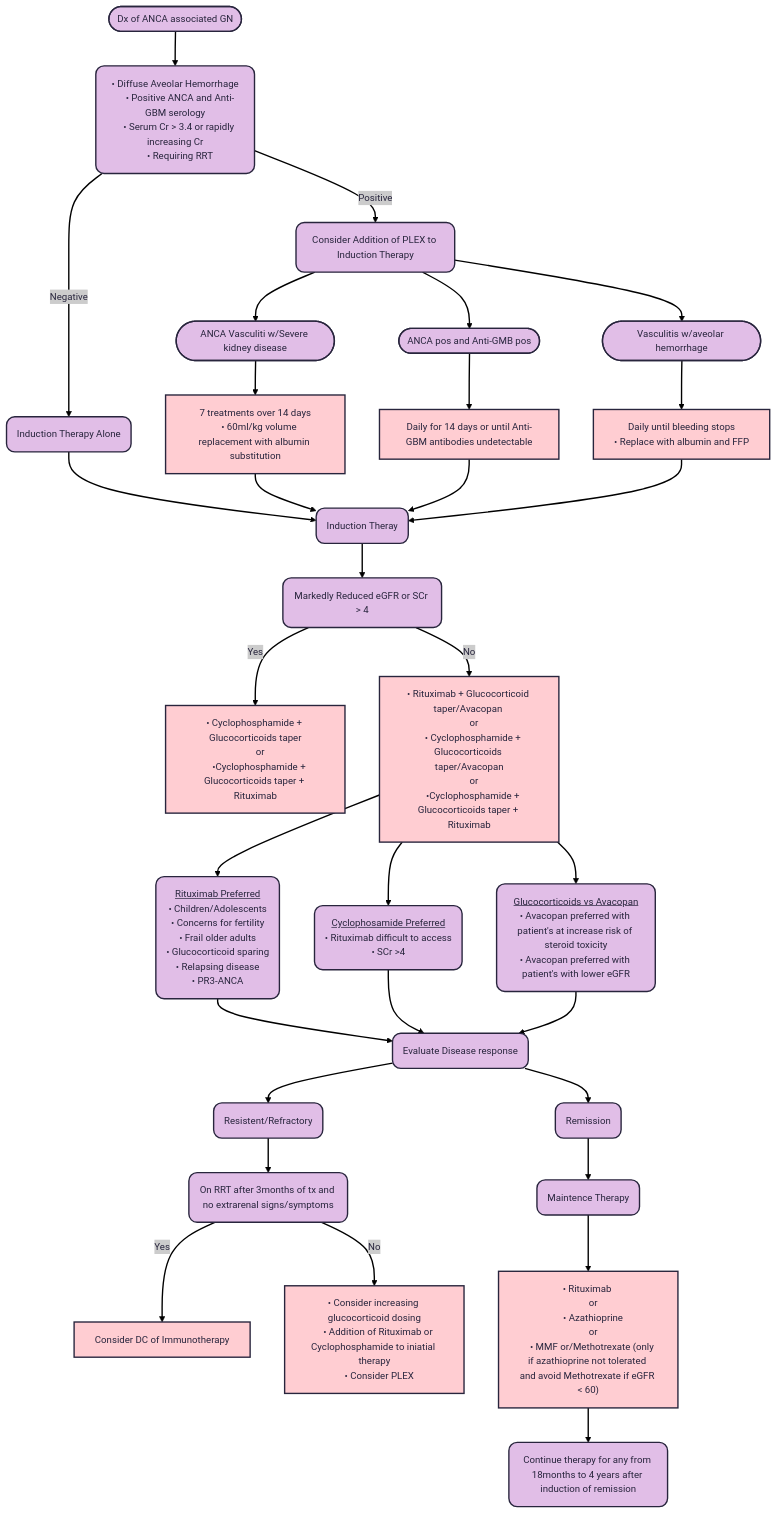
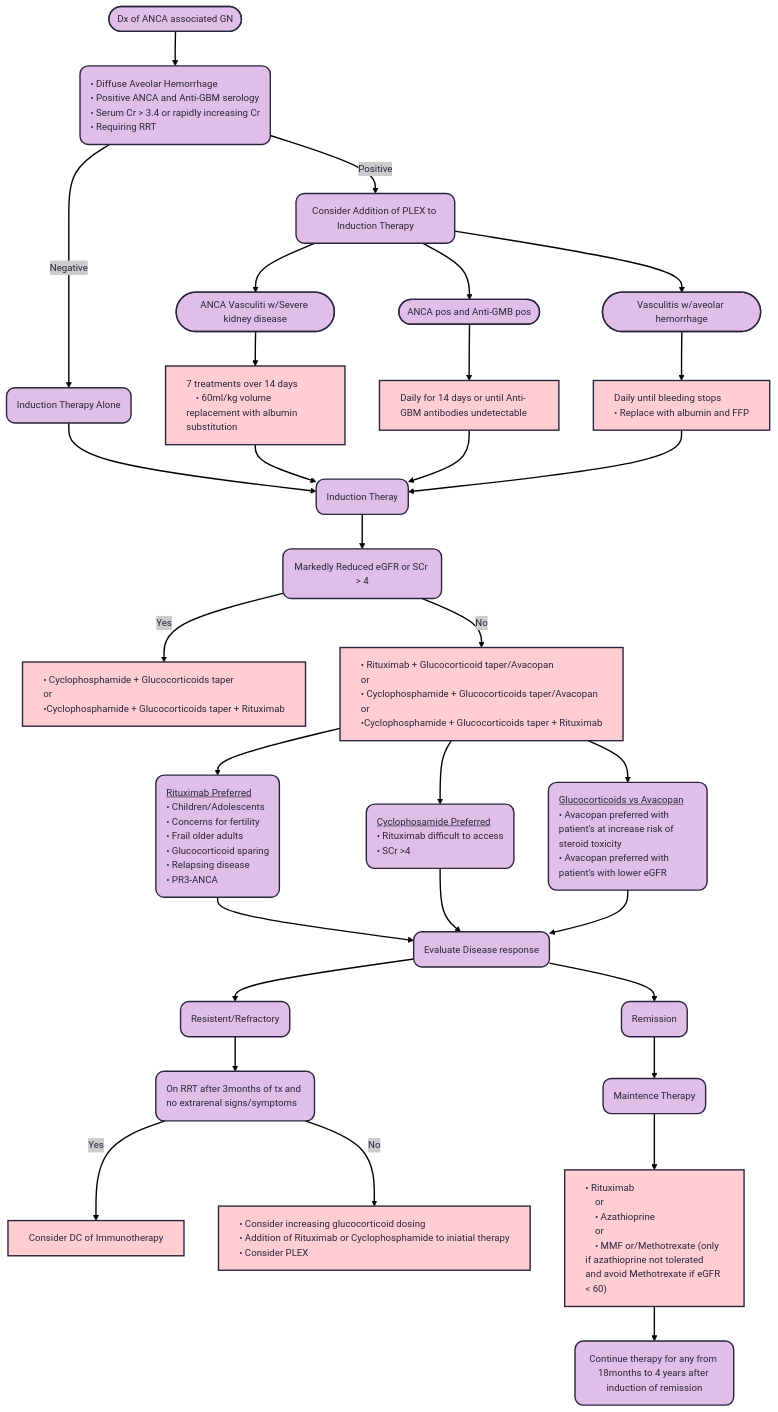
One commit to TTUNEPH2025/GN changed the second of 2 diagrams in docs/ANCA.md. Above: the diagram before and after it, drawn with Mermaid.

````diff
--- a/docs/ANCA.md
+++ b/docs/ANCA.md
@@ -192,29 +192,29 @@
     n25@{ shape: rounded}
     n29@{ shape: rounded}
     style A fill:#E1BEE7
-    style n2 fill:#E1BEE7
+    style n2 fill:#E1BEE7,text-align:left,white-space:nowrap
     style n1 fill:#E1BEE7
     style n3 fill:#E1BEE7
     style n4 fill:#E1BEE7
     style n5 fill:#E1BEE7
     style n6 fill:#E1BEE7
     style n7 fill:#E1BEE7
-    style n10 fill:#FFCDD2
-    style n11 fill:#FFCDD2
-    style n12 fill:#FFCDD2
+    style n10 fill:#FFCDD2,text-align:left
+    style n11 fill:#FFCDD2,text-align:left
+    style n12 fill:#FFCDD2,text-align:left
     style n13 fill:#E1BEE7
-    style n16 fill:#FFCDD2
-    style n17 fill:#FFCDD2
-    style n18 fill:#E1BEE7
-    style n19 fill:#E1BEE7
-    style n20 fill:#E1BEE7
+    style n16 fill:#FFCDD2,text-align:left,white-space:nowrap
+    style n17 fill:#FFCDD2,text-align:left,white-space:nowrap
+    style n18 fill:#E1BEE7,text-align:left
+    style n19 fill:#E1BEE7,text-align:left
+    style n20 fill:#E1BEE7,text-align:left
     style n21 fill:#E1BEE7
     style n22 fill:#E1BEE7
     style n23 fill:#E1BEE7
     style n24 fill:#E1BEE7
-    style n25 fill:#E1BEE7
+    style n25 fill:#E1BEE7,text-align:left
     style n26 fill:#FFCDD2
-    style n27 fill:#FFCDD2
-    style n28 fill:#FFCDD2
+    style n27 fill:#FFCDD2,text-align:left,white-space:nowrap
+    style n28 fill:#FFCDD2,text-align:left
     style n29 fill:#E1BEE7
 ```
````
